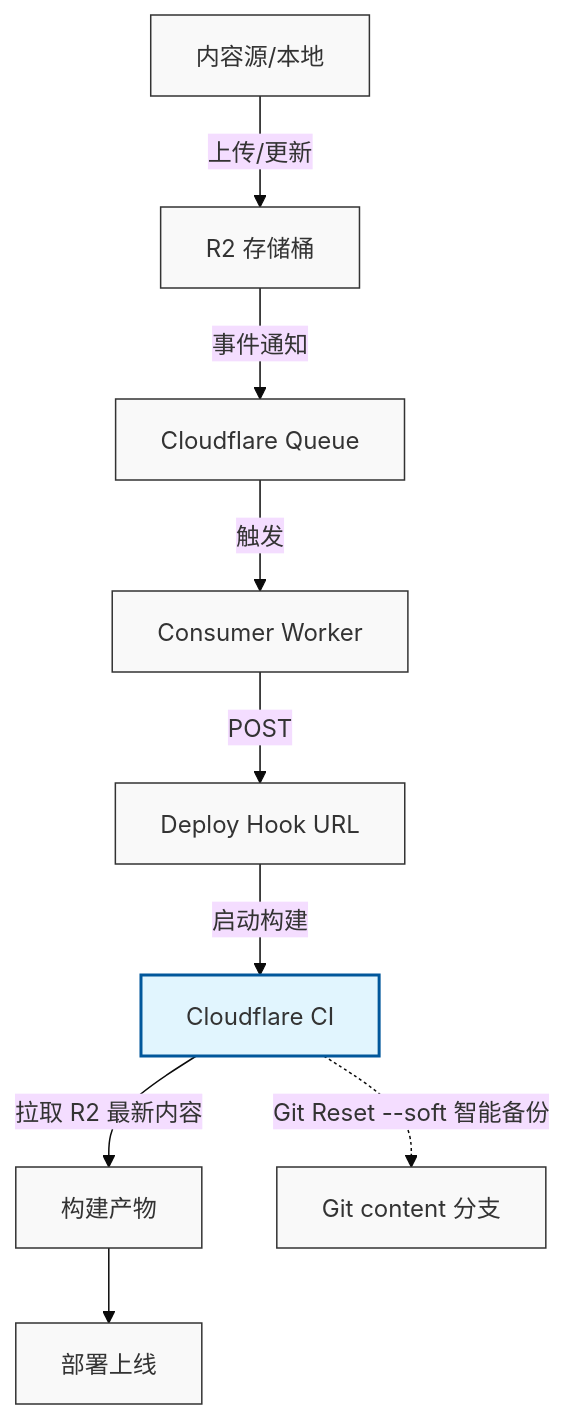
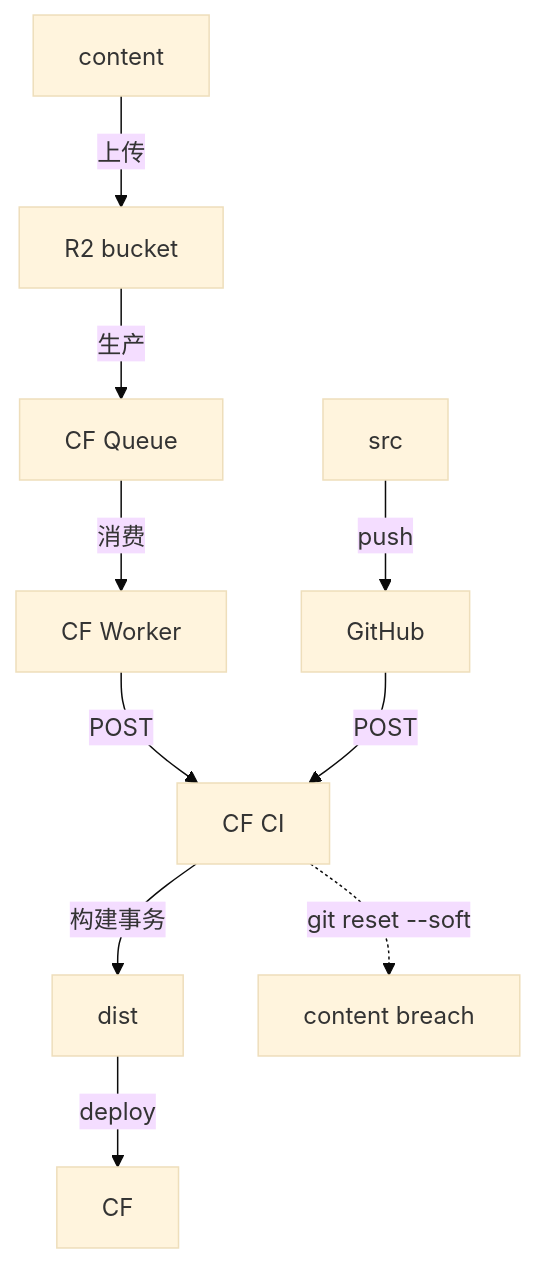
One commit to sterfuny/Firefly changed the diagram in src/content/posts/worker-buildWithR2.md. Above: the diagram before and after it, drawn with Mermaid (base theme). The commit also changed other lines of this file and 1 other file, not shown here.

Commit message:
Sync R2 2026-11-23 15:45:26 (UTC+8)

````diff
--- a/src/content/posts/worker-buildWithR2.md
+++ b/src/content/posts/worker-buildWithR2.md
@@ -21,17 +20,19 @@
 ```mermaid
 graph TD
-    A[内容源/本地] -->|上传/更新| B[R2 存储桶]
-    B -->|事件通知| C[Cloudflare Queue]
-    C -->|触发| D[Consumer Worker]
-    D -->|POST| E[Deploy Hook URL]
-    E -->|启动构建| F[Cloudflare CI]
+    A -->|上传| B
+    B -->|生产| queue
+    queue[CF Queue] -->|消费| D
+    D -->|POST| E
+    E -->|构建事务| F[dist]
+    F -->|deploy| G[CF]
     
-    F -->|拉取 R2 最新内容| G[构建产物]
-    G --> H[部署上线]
+    E -.->|git reset --soft| I[content breach]
     
-    F -.->|Git Reset --soft 智能备份| I[Git content 分支]
+    A[content]
+    B[R2 bucket]
+    D[CF Worker]
+    E[CF CI]
     
-    classDef default fill:#f9f9f9,stroke:#333,stroke-width:1px;
-    classDef highlight fill:#e1f5fe,stroke:#01579b,stroke-width:2px;
-    class F highlight;
+    src --> |push| git
+    git[GitHub] -->|POST| E
 ```
````
